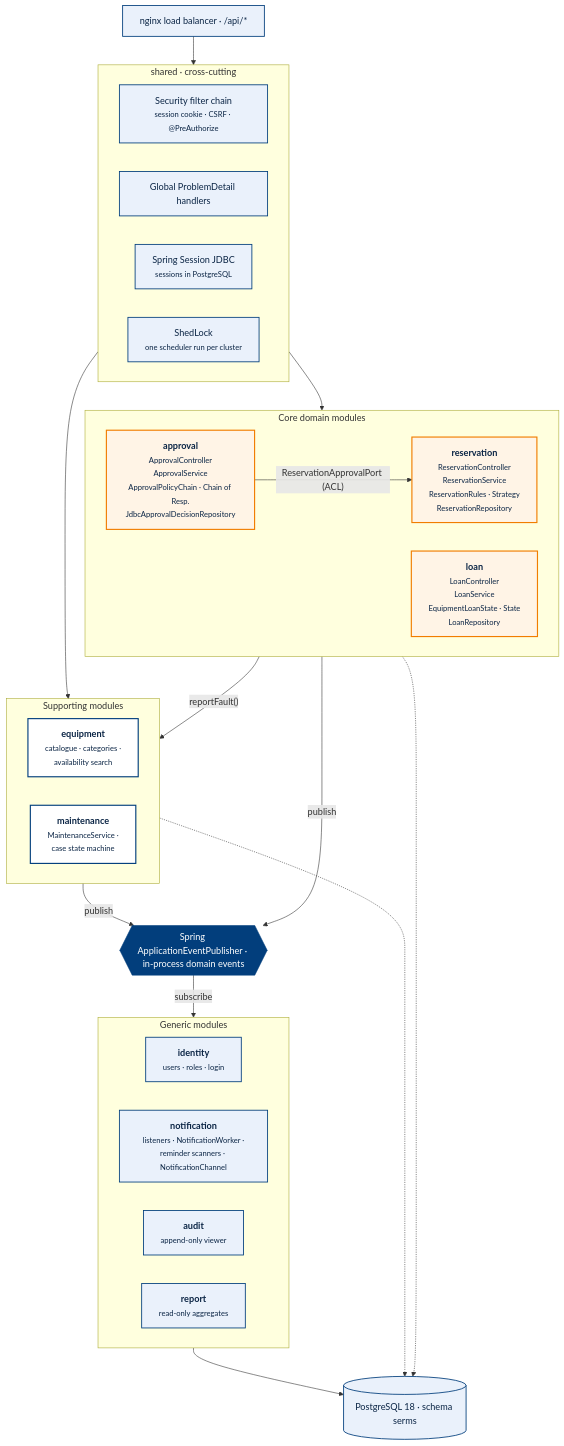
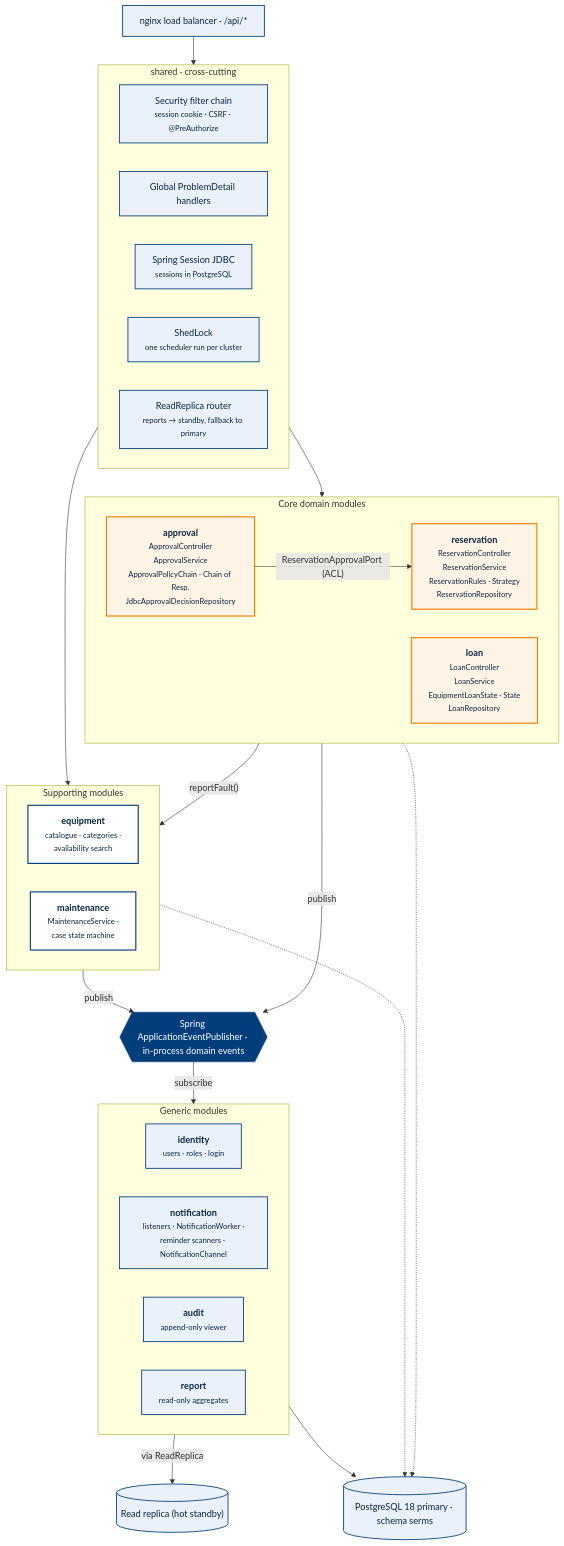
The diagram in docs/diagrams/report/04-components.mmd (cpg25ncu/shared-equipment-reservation-and-maintenance-system), drawn with Mermaid before and after one commit. The commit also changed 43 other files, not shown here.

First line of the commit message:
feat(data-tier): read replica, point-in-time recovery, off-host backups and edge rate limits

```diff
--- a/docs/diagrams/report/04-components.mmd
+++ b/docs/diagrams/report/04-components.mmd
@@ -1,45 +1,48 @@
 %% C4 Level 3 - Components of the Spring Boot application (one replica)
 flowchart TB
   classDef api fill:#FFFFFF,stroke:#023E7C,stroke-width:2px,color:#0B2545
   classDef core fill:#FFF4E6,stroke:#F17D00,stroke-width:2px,color:#0B2545
   classDef gen fill:#EAF1FB,stroke:#023E7C,stroke-width:1.5px,color:#0B2545
   classDef bus fill:#023E7C,stroke:#023E7C,color:#FFFFFF
   NG["nginx load balancer · /api/*"]:::gen
   subgraph SH["shared · cross-cutting"]
     direction LR
     SEC["Security filter chain<br/><small>session cookie · CSRF · @PreAuthorize</small>"]:::gen
     ERR["Global ProblemDetail handlers"]:::gen
     SES["Spring Session JDBC<br/><small>sessions in PostgreSQL</small>"]:::gen
     LCK["ShedLock<br/><small>one scheduler run per cluster</small>"]:::gen
+    RRT["ReadReplica router<br/><small>reports → standby, fallback to primary</small>"]:::gen
   end
   subgraph CORE["Core domain modules"]
     direction LR
     RES["<b>reservation</b><br/><small>ReservationController<br/>ReservationService<br/>ReservationRules · Strategy<br/>ReservationRepository</small>"]:::core
     APR["<b>approval</b><br/><small>ApprovalController<br/>ApprovalService<br/>ApprovalPolicyChain · Chain of Resp.<br/>JdbcApprovalDecisionRepository</small>"]:::core
     LOAN["<b>loan</b><br/><small>LoanController<br/>LoanService<br/>EquipmentLoanState · State<br/>LoanRepository</small>"]:::core
   end
   subgraph SUP["Supporting modules"]
     direction LR
     EQ["<b>equipment</b><br/><small>catalogue · categories ·<br/>availability search</small>"]:::api
     MNT["<b>maintenance</b><br/><small>MaintenanceService ·<br/>case state machine</small>"]:::api
   end
   BUS{{"Spring ApplicationEventPublisher · in-process domain events"}}:::bus
   subgraph GEN["Generic modules"]
     direction LR
     ID["<b>identity</b><br/><small>users · roles · login</small>"]:::gen
     NOT["<b>notification</b><br/><small>listeners · NotificationWorker ·<br/>reminder scanners · NotificationChannel</small>"]:::gen
     AUD["<b>audit</b><br/><small>append-only viewer</small>"]:::gen
     REP["<b>report</b><br/><small>read-only aggregates</small>"]:::gen
   end
-  PG[("PostgreSQL 18 · schema serms")]:::gen
+  PG[("PostgreSQL 18 primary · schema serms")]:::gen
+  PGR[("Read replica (hot standby)")]:::gen
+  REP -- "via ReadReplica" --> PGR
   NG --> SH
   SH --> CORE
   SH --> SUP
   APR -- "ReservationApprovalPort (ACL)" --> RES
   LOAN -- "reportFault()" --> MNT
   CORE -- "publish" --> BUS
   SUP -- "publish" --> BUS
   BUS -- "subscribe" --> NOT
   GEN --> PG
   CORE -.-> PG
   SUP -.-> PG
```
